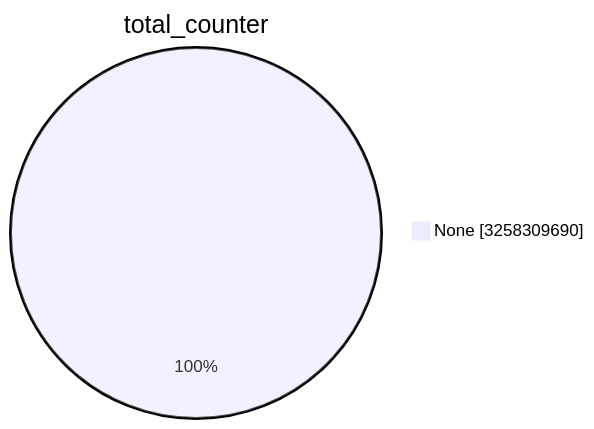
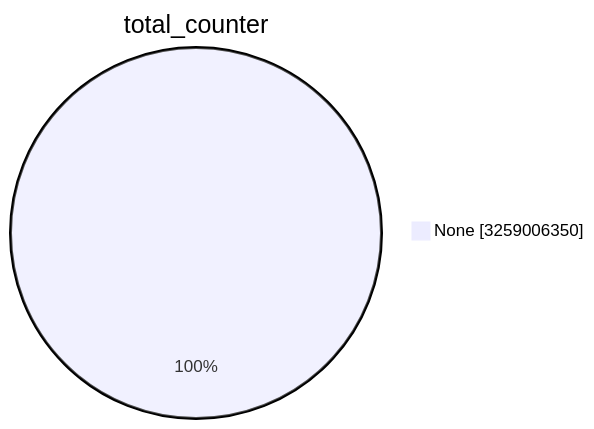
One commit to christiankrug/ctmonitor_visualization changed the first of 15 diagrams in TOTAL/README.md. Above: the diagram before and after it, drawn with Mermaid. The commit also changed other lines of this file, not shown here.

````diff
--- a/TOTAL/README.md
+++ b/TOTAL/README.md
@@ -1,5 +1,5 @@
 ```mermaid
 pie showData
 title total_counter
-"None" :3258309690
+"None" :3259006350
 ```
````
